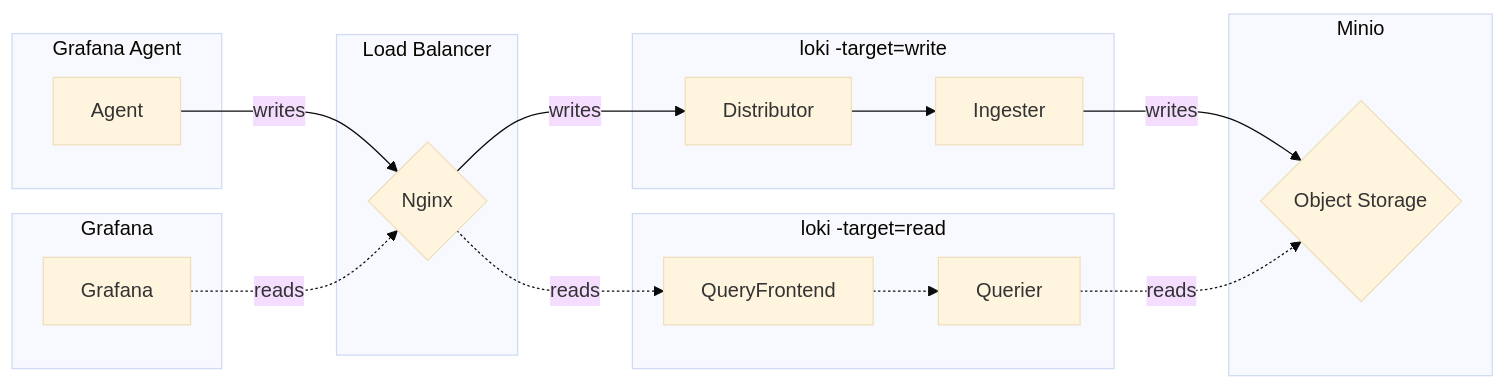
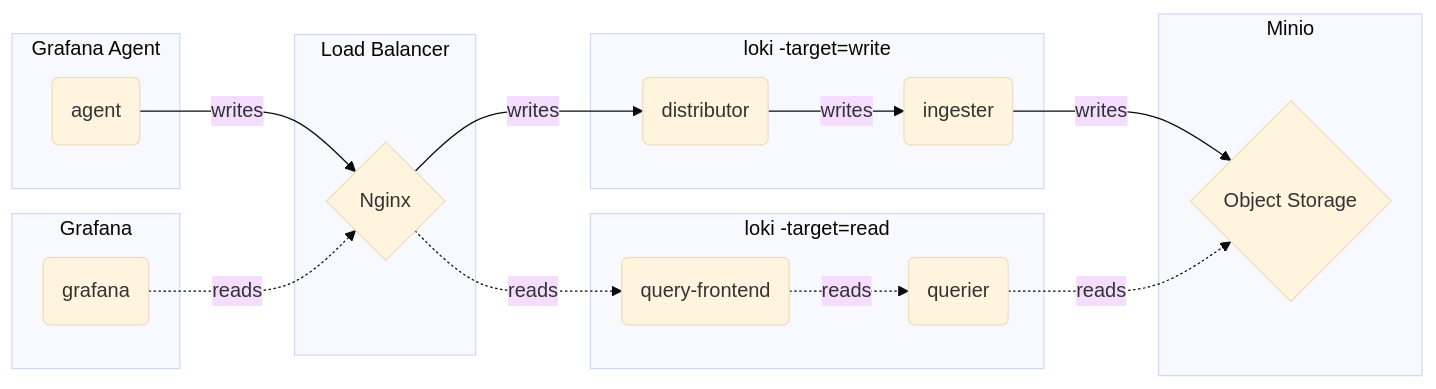
Before and after one commit to qclaogui/codelab-monitoring: the diagram in docker-compose/read-write-mode/logs/README.md, drawn with Mermaid (base theme). The commit also changed 5 other files, not shown here.

Commit message:
Flowchart code clean

````diff
--- a/docker-compose/read-write-mode/logs/README.md
+++ b/docker-compose/read-write-mode/logs/README.md
@@ -23,31 +23,27 @@
 ```mermaid
 flowchart LR
-    Agent   --> |writes| Nginx --> |writes| Distributor   --> Ingester --> |writes| ObjectStorage
-    Grafana -.->|reads | Nginx -.->|reads | QueryFrontend -.-> Querier -.->|reads | ObjectStorage
+    A  -->|writes| GW  -->|writes| D   -->|writes| I  -->|writes| M
+    G -.->|reads | GW -.->|reads | QF -.->|reads | Q -.->|reads | M
 
     subgraph Minio
-        ObjectStorage{"Object Storage"}
+        M{"Object Storage"}
     end
-
-    subgraph GrafanaAgent["Grafana Agent"]
-        Agent
+    subgraph Agent["Grafana Agent"]
+        A("agent")
     end
-
-    subgraph GFGraph["Grafana"]
-        Grafana
+    subgraph Grafana
+        G("grafana")
     end
-
-    subgraph GateWay["Load Balancer"]
-        Nginx{"Nginx"}
+    subgraph Gateway["Load Balancer"]
+        GW{"Nginx"}
     end
 
     subgraph LokiWrite["loki -target=write"]
-        Ingester
-        Distributor
+        I("ingester")
+        D("distributor")
     end
-
     subgraph LokiRead["loki -target=read"]
-        Querier
-        QueryFrontend
+        Q("querier")
+        QF("query-frontend")
     end
 ```
````
